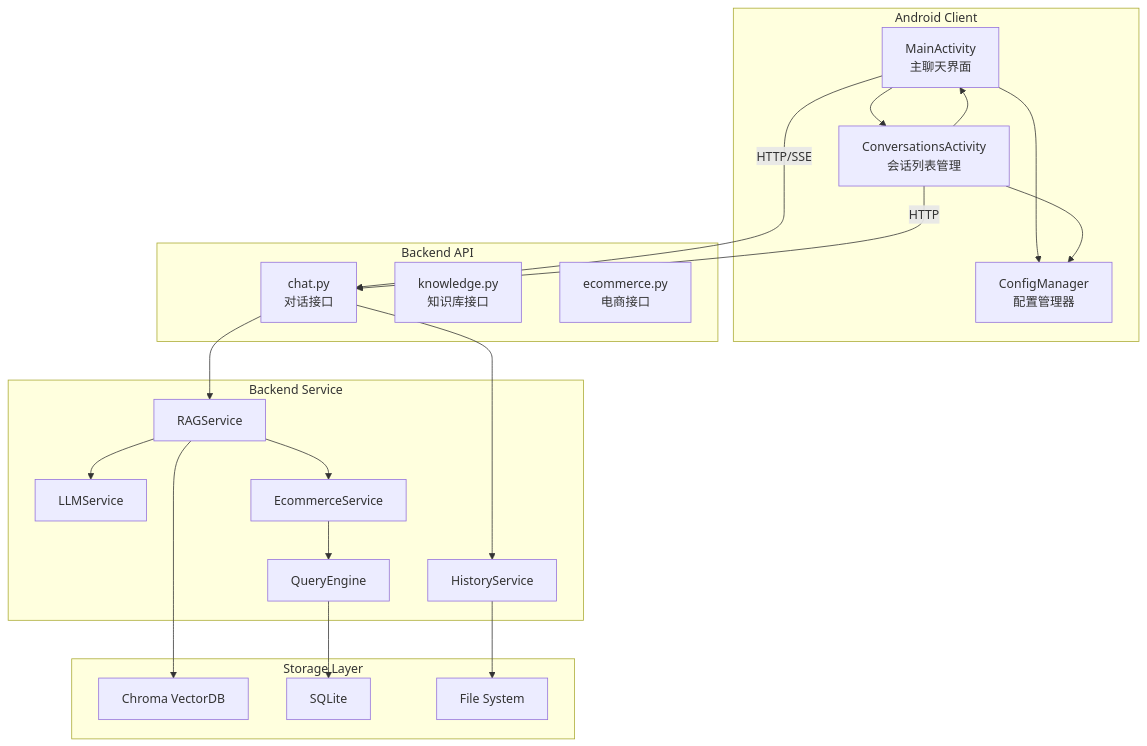
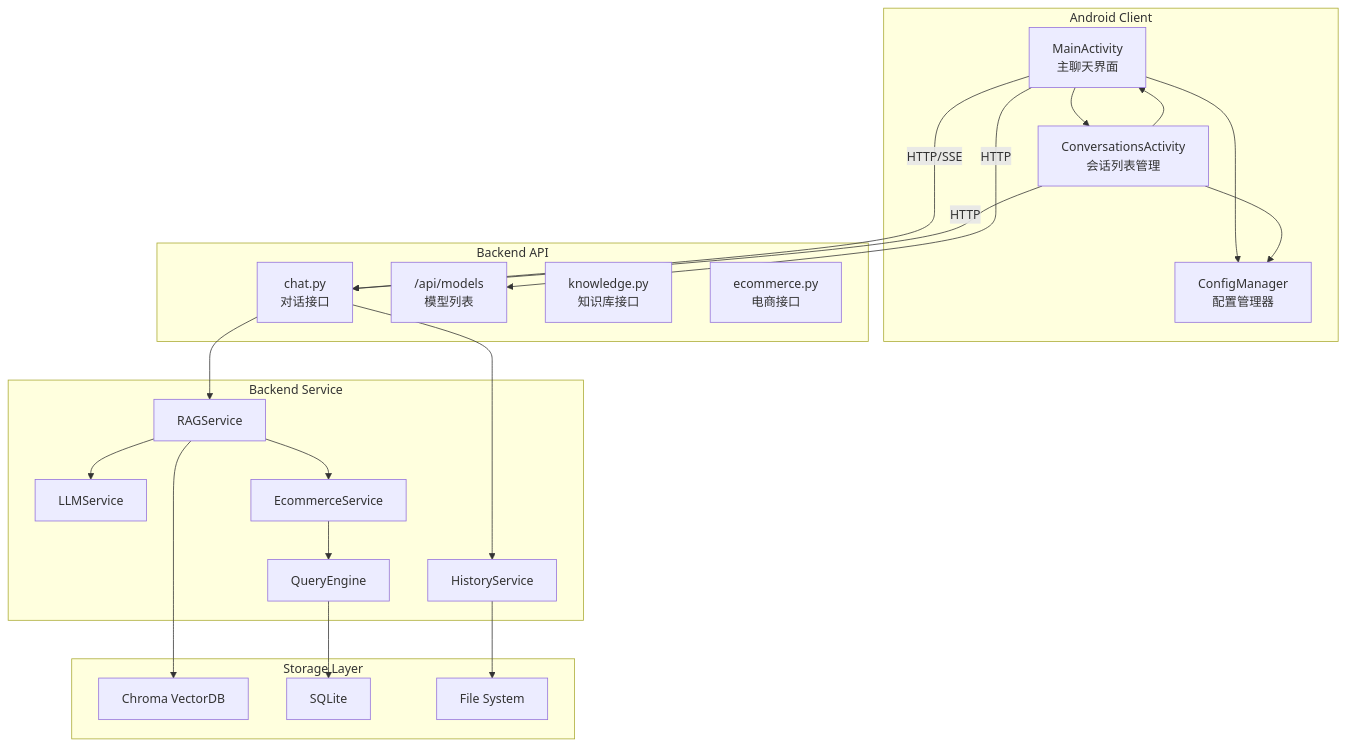
One commit to Fang-Chenxin/ragApp2 changed the diagram in docs/项目介绍说明.md. Above: the diagram before and after it, drawn with Mermaid. The commit also changed other lines of this file and 11 other files, not shown here.

````diff
--- a/docs/项目介绍说明.md
+++ b/docs/项目介绍说明.md
@@ -34,44 +35,46 @@
 ```mermaid
 graph TB
     subgraph "Android Client"
         MA["MainActivity<br/>主聊天界面"]
         CA["ConversationsActivity<br/>会话列表管理"]
         CM["ConfigManager<br/>配置管理器"]
         MA --> CA
         CA --> MA
         MA --> CM
         CA --> CM
     end
     
     subgraph "Backend API"
         CH["chat.py<br/>对话接口"]
+        ML["/api/models<br/>模型列表"]
         KN["knowledge.py<br/>知识库接口"]
         EC["ecommerce.py<br/>电商接口"]
     end
     
     subgraph "Backend Service"
         LS["LLMService"]
         RS["RAGService"]
         HS["HistoryService"]
         ES["EcommerceService"]
         QE["QueryEngine"]
     end
     
     subgraph "Storage Layer"
         VS["Chroma VectorDB"]
         DB["SQLite"]
         FS["File System"]
     end
     
     MA -->|HTTP/SSE| CH
+    MA -->|HTTP| ML
     CA -->|HTTP| CH
     
     CH --> RS
     CH --> HS
     RS --> LS
     RS --> VS
     RS --> ES
     ES --> QE
     QE --> DB
     HS --> FS
 ```
````
